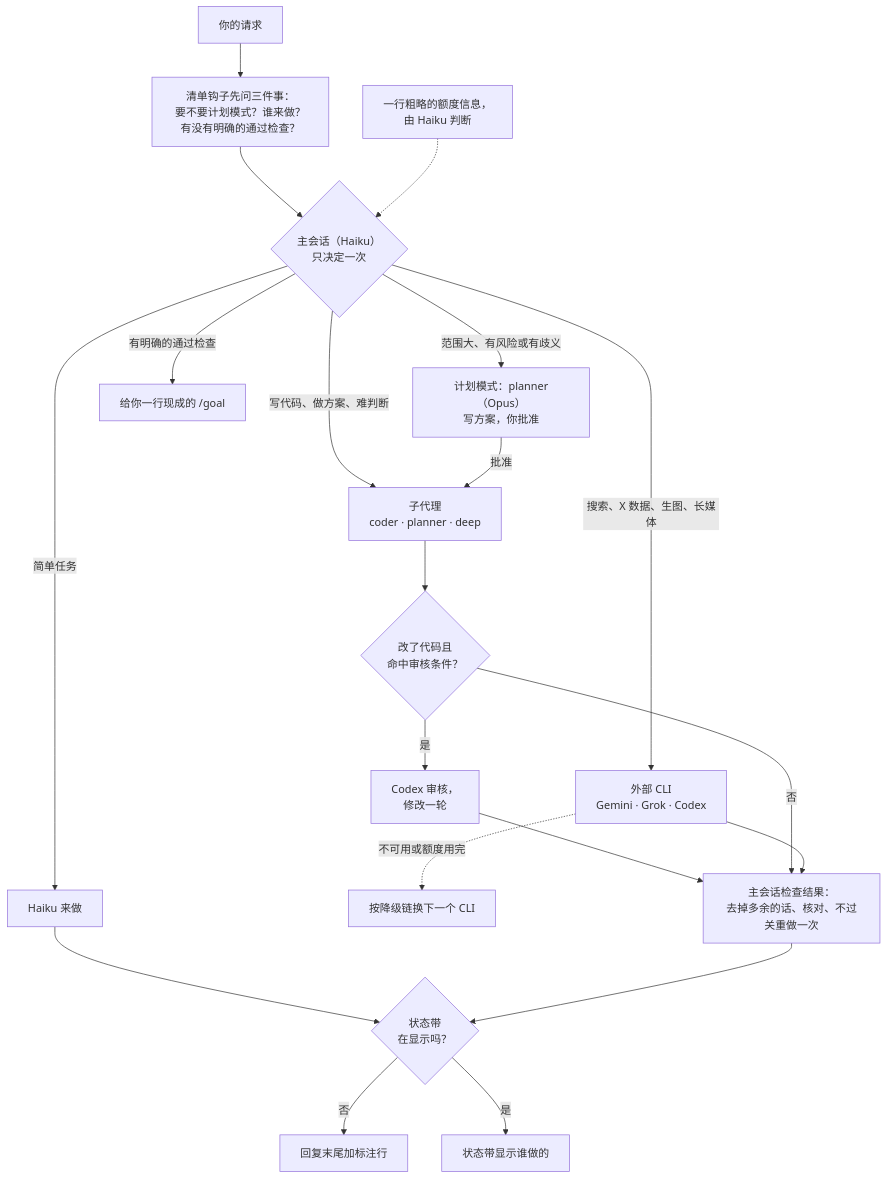
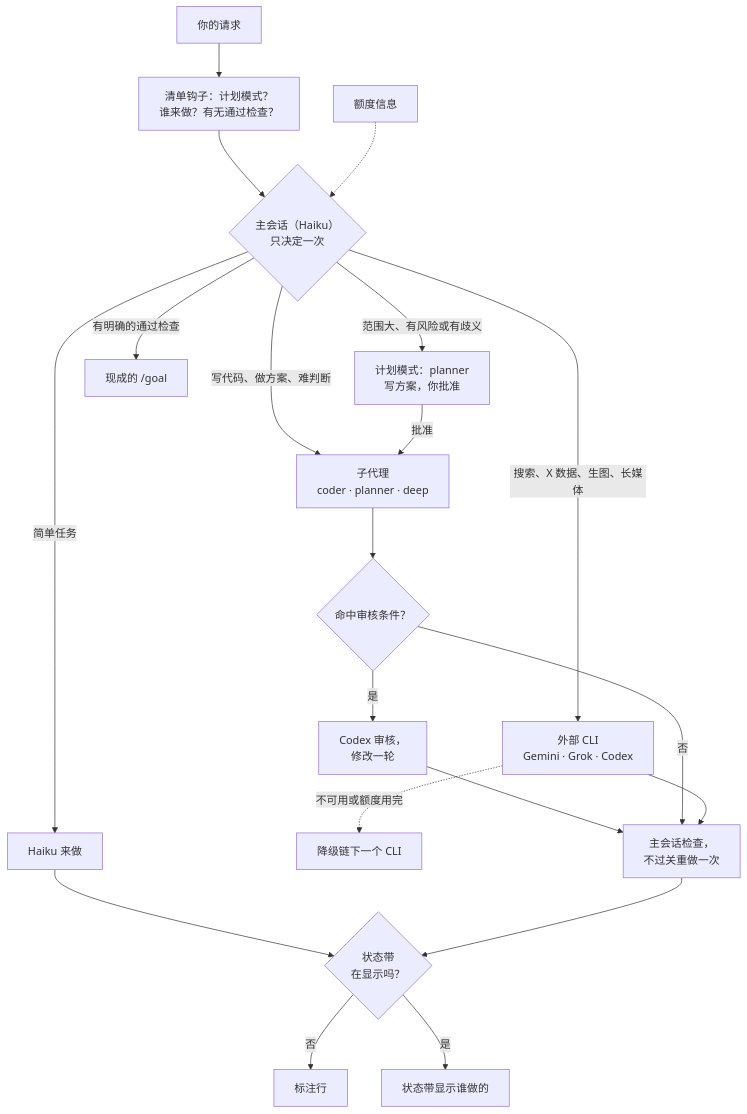
Before and after one commit to Brulek/claude-router: the diagram in README.zh-CN.md, drawn with Mermaid. The commit also changed other lines of this file and 1 other file, not shown here.

````diff
--- a/README.zh-CN.md
+++ b/README.zh-CN.md
@@ -17,37 +17,37 @@
 ```mermaid
 flowchart TD
     IN["你的请求"]
-    HOOK["清单钩子先问三件事：<br/>要不要计划模式？谁来做？有没有明确的通过检查？"]
-    QUOTA["一行粗略的额度信息，<br/>由 Haiku 判断"]
+    HOOK["清单钩子：计划模式？<br/>谁来做？有无通过检查？"]
+    QUOTA["额度信息"]
     TRIAGE{"主会话（Haiku）<br/>只决定一次"}
-    PLAN["计划模式：planner（Opus）<br/>写方案，你批准"]
-    GOAL["给你一行现成的 /goal"]
+    PLAN["计划模式：planner<br/>写方案，你批准"]
+    GOAL["现成的 /goal"]
     SELF["Haiku 来做"]
     SUB["子代理<br/>coder · planner · deep"]
     CLI["外部 CLI<br/>Gemini · Grok · Codex"]
-    NEXT["按降级链换下一个 CLI"]
-    REV{"改了代码且<br/>命中审核条件？"}
+    NEXT["降级链下一个 CLI"]
+    REV{"命中审核条件？"}
     CODEX["Codex 审核，<br/>修改一轮"]
-    CHECK["主会话检查结果：<br/>去掉多余的话、核对、不过关重做一次"]
+    CHECK["主会话检查，<br/>不过关重做一次"]
     BAND{"状态带<br/>在显示吗？"}
-    LABEL["回复末尾加标注行"]
+    LABEL["标注行"]
     SHOWN["状态带显示谁做的"]
 
     IN --> HOOK --> TRIAGE
     QUOTA -.-> TRIAGE
     TRIAGE -->|"范围大、有风险或有歧义"| PLAN
     TRIAGE -->|"有明确的通过检查"| GOAL
     TRIAGE -->|"简单任务"| SELF
     TRIAGE -->|"写代码、做方案、难判断"| SUB
     TRIAGE -->|"搜索、X 数据、生图、长媒体"| CLI
     PLAN -->|"批准"| SUB
     CLI -.->|"不可用或额度用完"| NEXT
     SUB --> REV
     REV -->|"是"| CODEX --> CHECK
     REV -->|"否"| CHECK
     CLI --> CHECK
     SELF --> BAND
     CHECK --> BAND
     BAND -->|"否"| LABEL
     BAND -->|"是"| SHOWN
 ```
````
